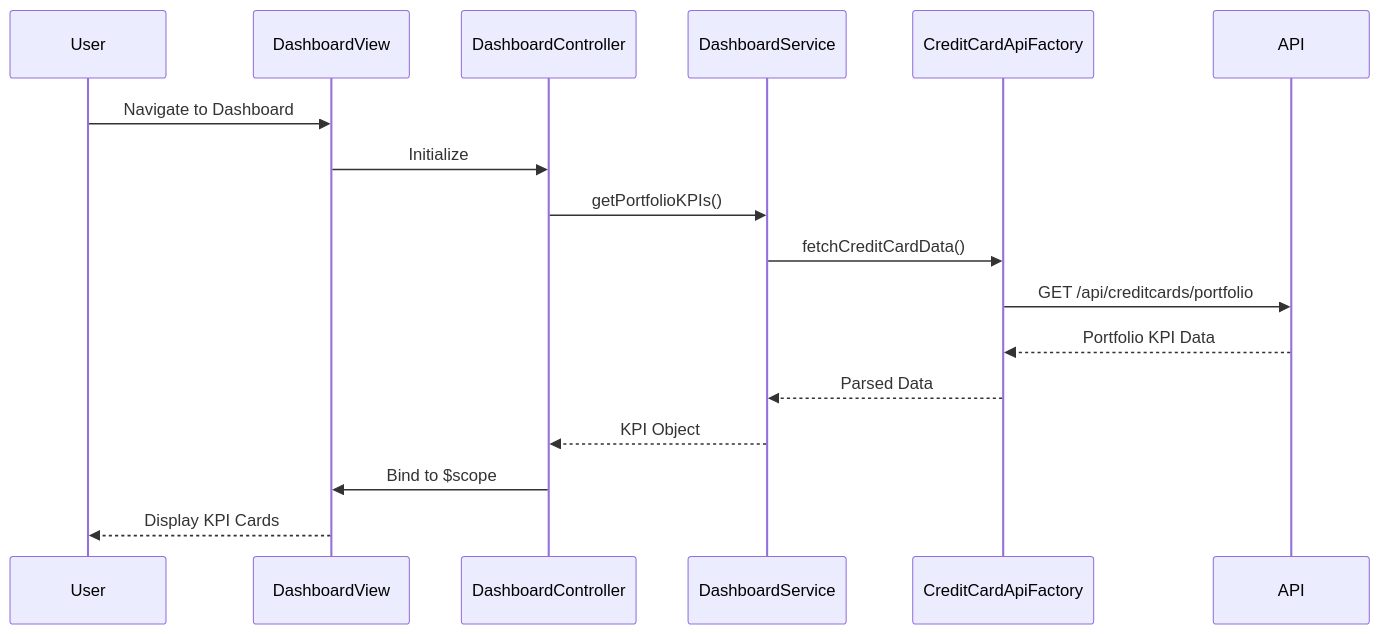
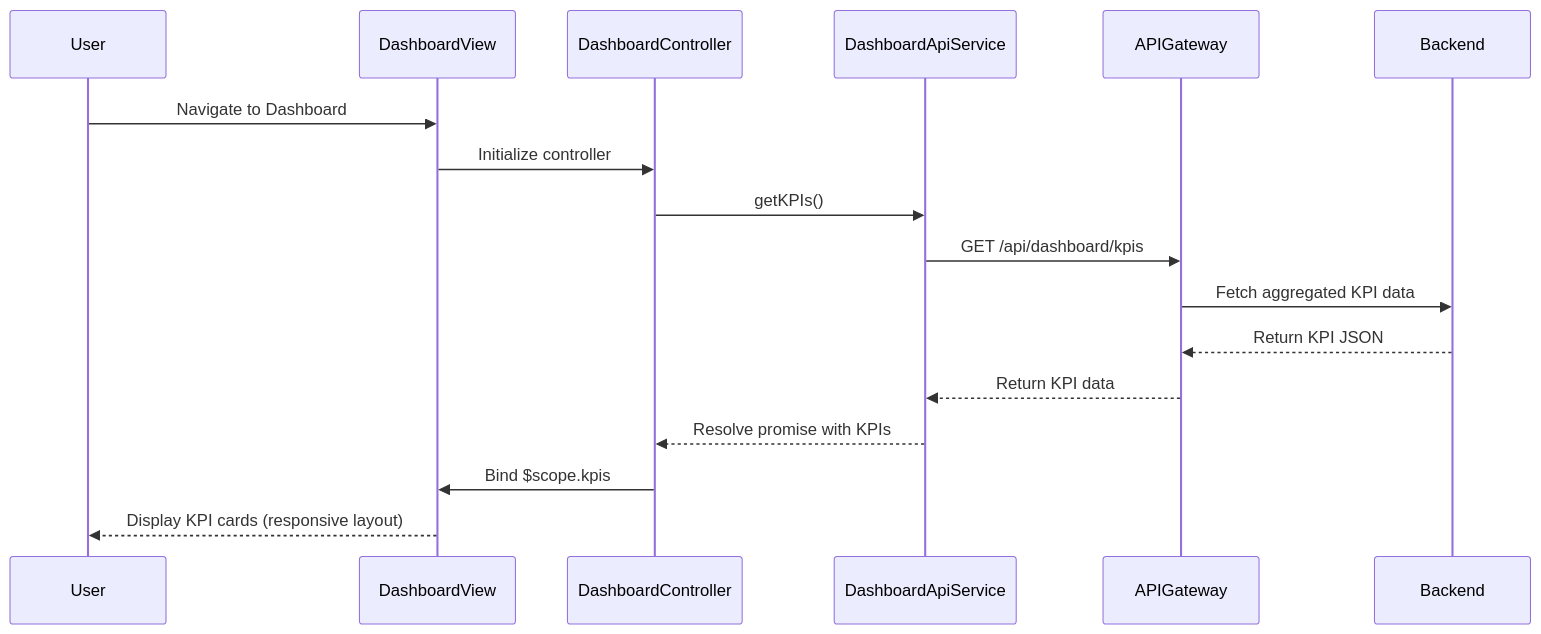
The diagram in LLD/QE-4628_LLD.md (Davamani-git/APB_Demo), drawn with Mermaid before and after one commit. The commit also changed other lines of this file and 2 other files, not shown here.

````diff
--- a/LLD/QE-4628_LLD.md
+++ b/LLD/QE-4628_LLD.md
@@ -67,20 +83,20 @@
 ```mermaid
 sequenceDiagram
     participant User
     participant DashboardView
     participant DashboardController
-    participant DashboardService
-    participant CreditCardApiFactory
-    participant API
+    participant DashboardApiService
+    participant APIGateway
+    participant Backend
 
     User->>DashboardView: Navigate to Dashboard
-    DashboardView->>DashboardController: Initialize
-    DashboardController->>DashboardService: getPortfolioKPIs()
-    DashboardService->>CreditCardApiFactory: fetchCreditCardData()
-    CreditCardApiFactory->>API: GET /api/creditcards/portfolio
-    API-->>CreditCardApiFactory: Portfolio KPI Data
-    CreditCardApiFactory-->>DashboardService: Parsed Data
-    DashboardService-->>DashboardController: KPI Object
-    DashboardController->>DashboardView: Bind to $scope
-    DashboardView-->>User: Display KPI Cards
+    DashboardView->>DashboardController: Initialize controller
+    DashboardController->>DashboardApiService: getKPIs()
+    DashboardApiService->>APIGateway: GET /api/dashboard/kpis
+    APIGateway->>Backend: Fetch aggregated KPI data
+    Backend-->>APIGateway: Return KPI JSON
+    APIGateway-->>DashboardApiService: Return KPI data
+    DashboardApiService-->>DashboardController: Resolve promise with KPIs
+    DashboardController->>DashboardView: Bind $scope.kpis
+    DashboardView-->>User: Display KPI cards (responsive layout)
 ```
````
